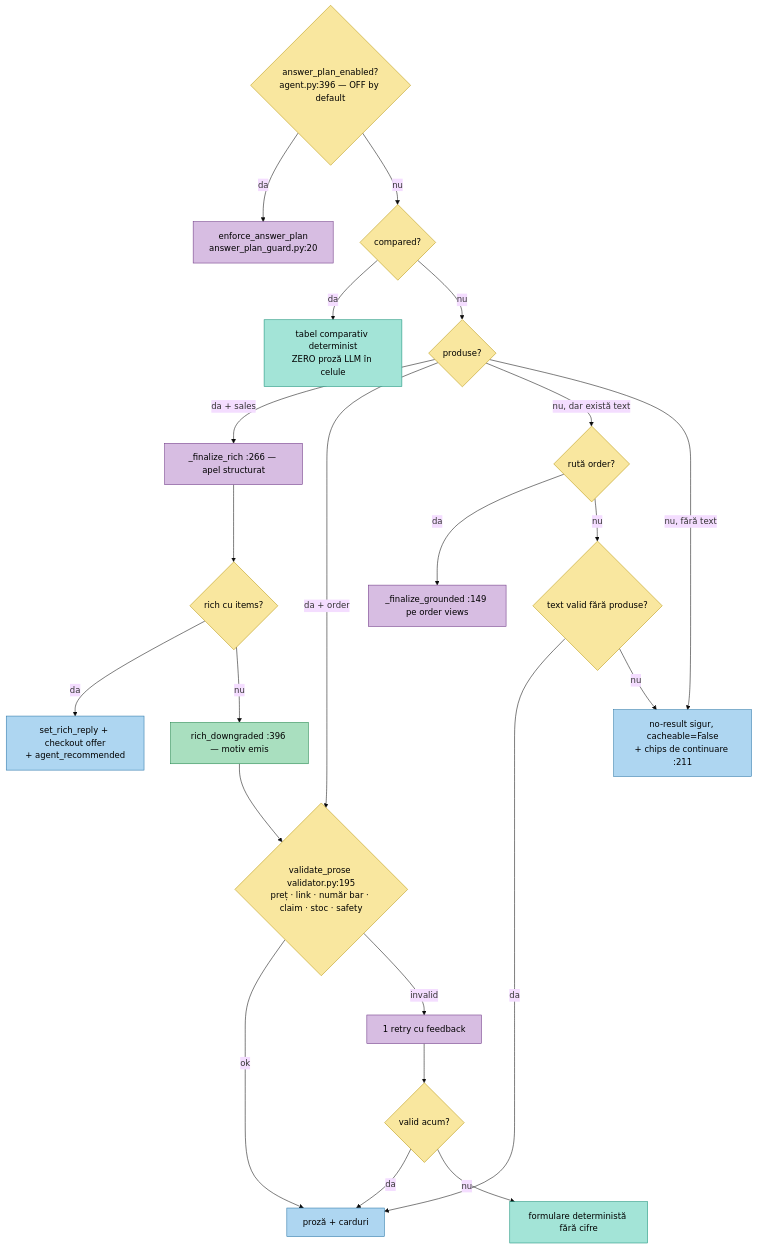
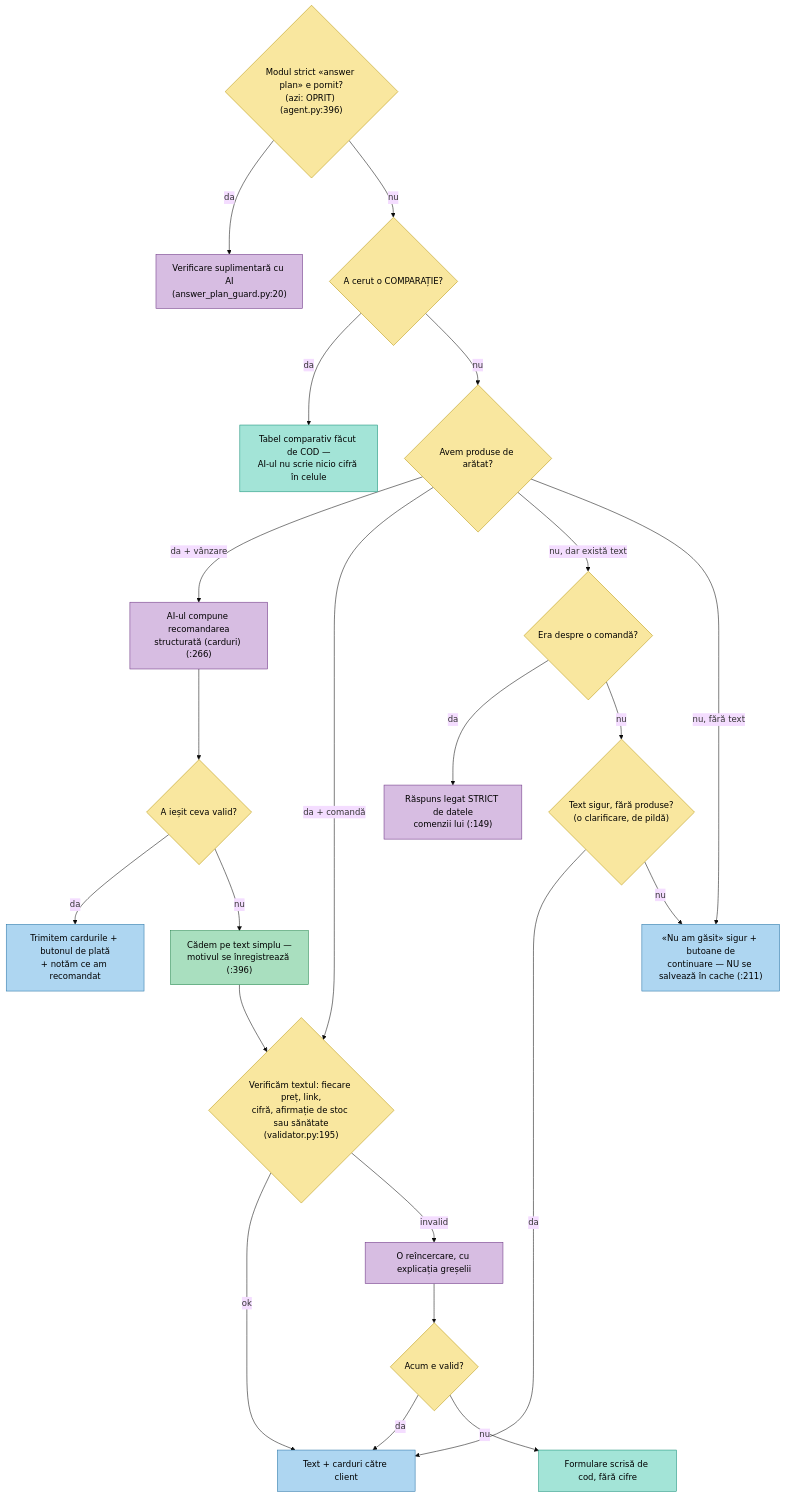
Before and after one commit to AdiBoaru/Sales-Ass: the seventh of 14 diagrams in docs/ARCHITECTURE-WORKFLOWS.md, drawn with Mermaid (base theme). The commit also changed other lines of this file, not shown here.

First line of the commit message:
docs: etichetele diagramelor pe romaneste — chenarul spune CE se intampla

````diff
--- a/docs/ARCHITECTURE-WORKFLOWS.md
+++ b/docs/ARCHITECTURE-WORKFLOWS.md
@@ -586,46 +590,46 @@
 ```mermaid
 flowchart TD
   classDef dec fill:#f9e79f,stroke:#b7950b,color:#000
   classDef llm fill:#d7bde2,stroke:#6c3483,color:#000
   classDef free fill:#a3e4d7,stroke:#148f77,color:#000
   classDef out fill:#aed6f1,stroke:#2874a6,color:#000
   classDef step fill:#a9dfbf,stroke:#1e8449,color:#000
 
-  APLAN{"answer_plan_enabled?<br/>agent.py:396 — OFF by default"}:::dec
-  AGUARD["enforce_answer_plan<br/>answer_plan_guard.py:20"]:::llm
-  CMPD{"compared?"}:::dec
-  CTAB["tabel comparativ determinist<br/>ZERO proză LLM în celule"]:::free
-  PRD{"produse?"}:::dec
-  RICHC["_finalize_rich :266 — apel structurat"]:::llm
-  ROK{"rich cu items?"}:::dec
-  RICHOUT["set_rich_reply + checkout offer<br/>+ agent_recommended"]:::out
-  DOWN["rich_downgraded :396 — motiv emis"]:::step
-  VALID{"validate_prose validator.py:195<br/>preț · link · număr bar · claim · stoc · safety"}:::dec
-  RETRY["1 retry cu feedback"]:::llm
-  V2{"valid acum?"}:::dec
-  DETR["formulare deterministă fără cifre"]:::free
-  PROSE["proză + carduri"]:::out
-  ORD{"rută order?"}:::dec
-  GRND["_finalize_grounded :149 pe order views"]:::llm
-  TXTOK{"text valid fără produse?"}:::dec
-  NORES["no-result sigur, cacheable=False<br/>+ chips de continuare :211"]:::out
+  APLAN{"Modul strict «answer plan» e pornit?<br/>(azi: OPRIT) (agent.py:396)"}:::dec
+  AGUARD["Verificare suplimentară cu AI<br/>(answer_plan_guard.py:20)"]:::llm
+  CMPD{"A cerut o COMPARAȚIE?"}:::dec
+  CTAB["Tabel comparativ făcut de COD —<br/>AI-ul nu scrie nicio cifră în celule"]:::free
+  PRD{"Avem produse de arătat?"}:::dec
+  RICHC["AI-ul compune recomandarea<br/>structurată (carduri) (:266)"]:::llm
+  ROK{"A ieșit ceva valid?"}:::dec
+  RICHOUT["Trimitem cardurile + butonul de plată<br/>+ notăm ce am recomandat"]:::out
+  DOWN["Cădem pe text simplu —<br/>motivul se înregistrează (:396)"]:::step
+  VALID{"Verificăm textul: fiecare preț, link,<br/>cifră, afirmație de stoc sau sănătate<br/>(validator.py:195)"}:::dec
+  RETRY["O reîncercare, cu explicația greșelii"]:::llm
+  V2{"Acum e valid?"}:::dec
+  DETR["Formulare scrisă de cod, fără cifre"]:::free
+  PROSE["Text + carduri către client"]:::out
+  ORD{"Era despre o comandă?"}:::dec
+  GRND["Răspuns legat STRICT de datele<br/>comenzii lui (:149)"]:::llm
+  TXTOK{"Text sigur, fără produse?<br/>(o clarificare, de pildă)"}:::dec
+  NORES["«Nu am găsit» sigur + butoane de<br/>continuare — NU se salvează în cache (:211)"]:::out
 
   APLAN -- da --> AGUARD
   APLAN -- nu --> CMPD
   CMPD -- da --> CTAB
   CMPD -- nu --> PRD
-  PRD -- "da + sales" --> RICHC --> ROK
+  PRD -- "da + vânzare" --> RICHC --> ROK
   ROK -- da --> RICHOUT
   ROK -- nu --> DOWN --> VALID
-  PRD -- "da + order" --> VALID
+  PRD -- "da + comandă" --> VALID
   VALID -- ok --> PROSE
   VALID -- invalid --> RETRY --> V2
   V2 -- da --> PROSE
   V2 -- nu --> DETR
   PRD -- "nu, dar există text" --> ORD
   ORD -- da --> GRND
   ORD -- nu --> TXTOK
   TXTOK -- da --> PROSE
   TXTOK -- nu --> NORES
   PRD -- "nu, fără text" --> NORES
 ```
````
